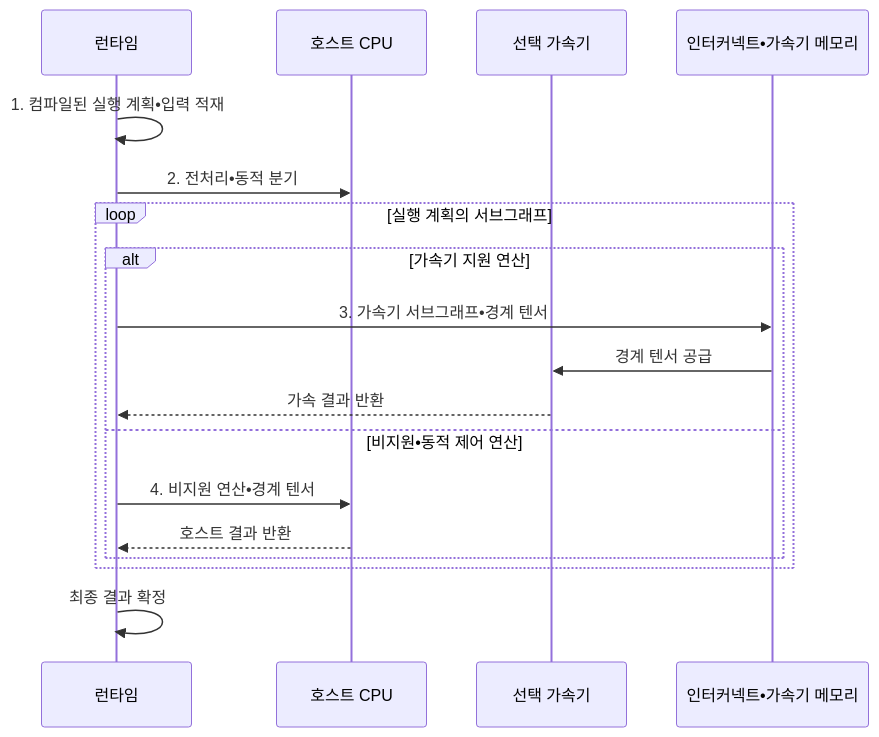
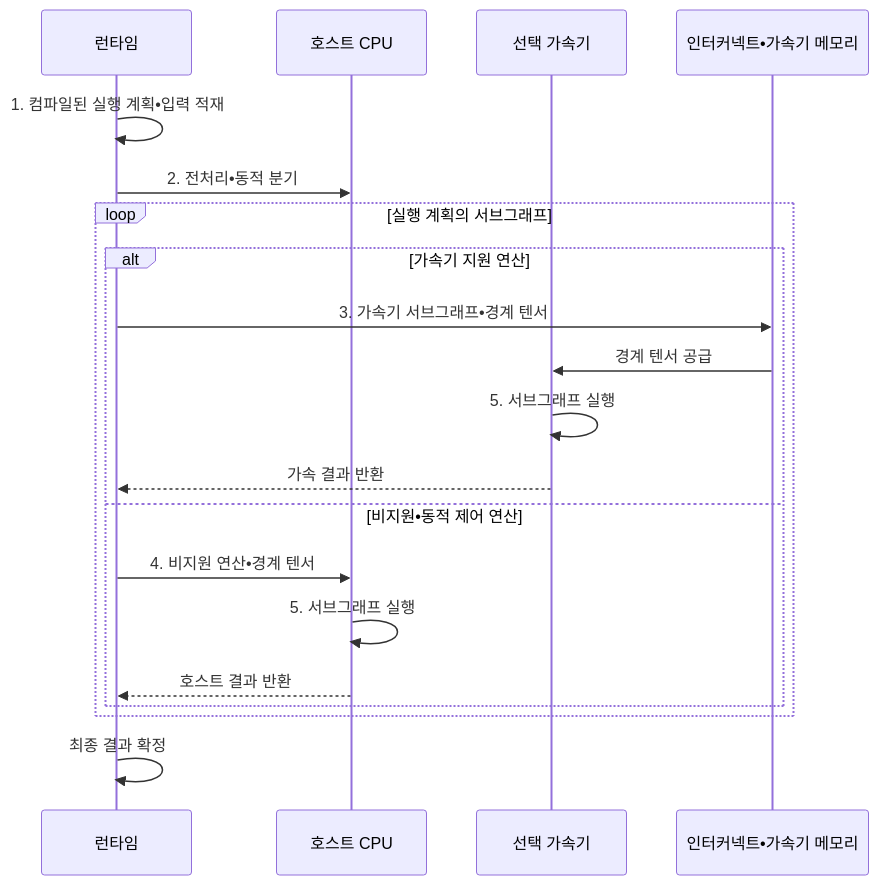
The second of 2 diagrams in src/content/docs/notes/02-hardware/046_ai_accelerator_comparison.md (agnusdei1207/knowledge-base), drawn with Mermaid before and after one commit. The commit also changed other lines of this file and 14 other files, not shown here.

````diff
--- a/src/content/docs/notes/02-hardware/046_ai_accelerator_comparison.md
+++ b/src/content/docs/notes/02-hardware/046_ai_accelerator_comparison.md
@@ -102,21 +102,23 @@
 ```mermaid
 sequenceDiagram
     participant R as 런타임
     participant H as 호스트 CPU
     participant X as 선택 가속기
     participant M as 인터커넥트•가속기 메모리
 
     R->>R: 1. 컴파일된 실행 계획•입력 적재
     R->>H: 2. 전처리•동적 분기
     loop 실행 계획의 서브그래프
         alt 가속기 지원 연산
             R->>M: 3. 가속기 서브그래프•경계 텐서
             M->>X: 경계 텐서 공급
+            X->>X: 5. 서브그래프 실행
             X-->>R: 가속 결과 반환
         else 비지원•동적 제어 연산
             R->>H: 4. 비지원 연산•경계 텐서
+            H->>H: 5. 서브그래프 실행
             H-->>R: 호스트 결과 반환
         end
     end
     R->>R: 최종 결과 확정
 ```
````
